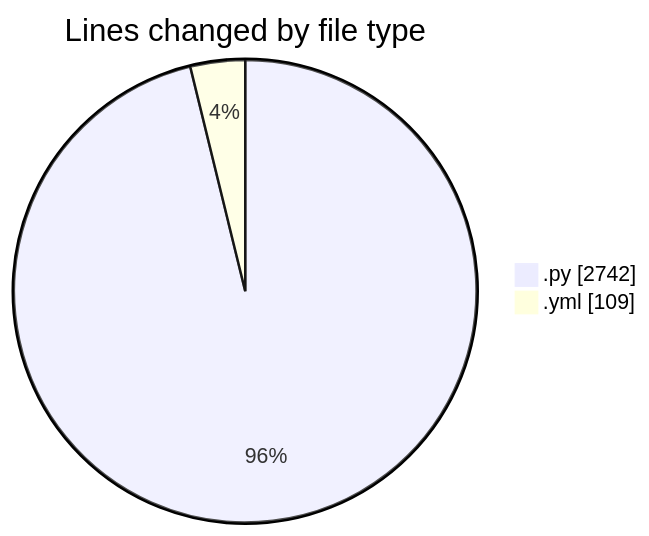
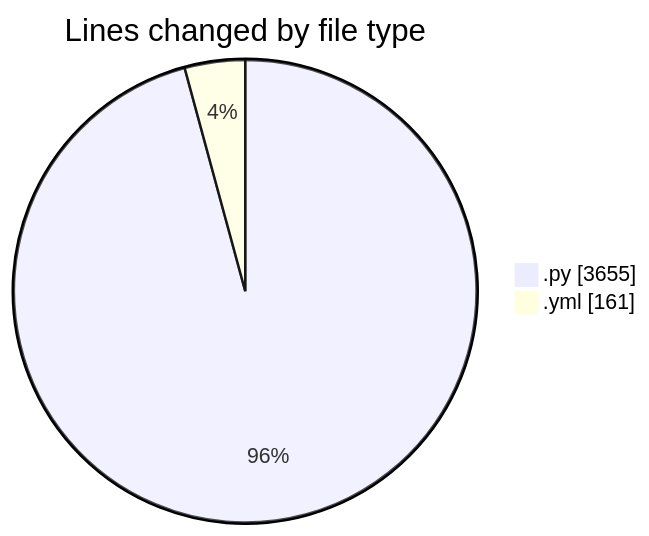
The first of 2 diagrams in 2025-10-15/eventscop-api-guide__workspace_/README.md (julien-gomy/code-tracking), drawn with Mermaid before and after one commit. The commit also changed other lines of this file and 1 other file, not shown here.

````diff
--- a/2025-10-15/eventscop-api-guide__workspace_/README.md
+++ b/2025-10-15/eventscop-api-guide__workspace_/README.md
@@ -25,6 +26,6 @@
 ```mermaid
 pie showData
 title Lines changed by file type
-".py" : 2742
-".yml" : 109
+".py" : 3655
+".yml" : 161
 ```
````
